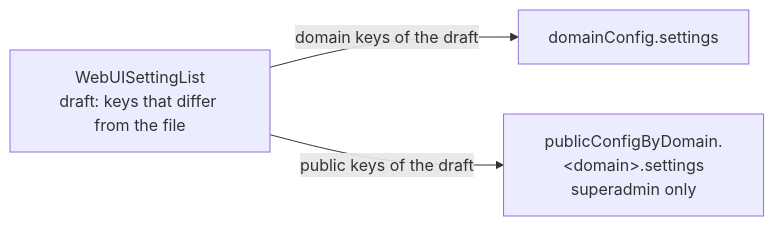
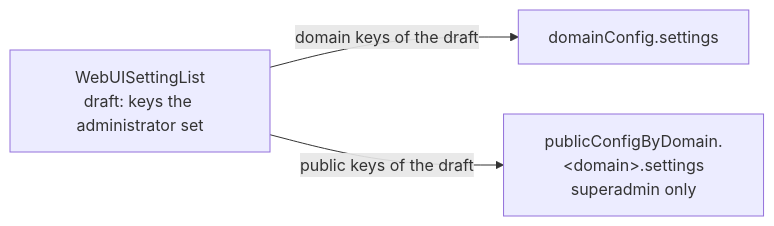
One commit to lablup/backend.ai-webui changed the second of 2 diagrams in docs/adr/0028-webui-settings-in-the-app-config-settings-key.ko.md. Above: the diagram before and after it, drawn with Mermaid. The commit also changed other lines of this file and 4 other files, not shown here.

````diff
--- a/docs/adr/0028-webui-settings-in-the-app-config-settings-key.ko.md
+++ b/docs/adr/0028-webui-settings-in-the-app-config-settings-key.ko.md
@@ -38,8 +38,8 @@
 ```mermaid
 flowchart LR
-  page["WebUISettingList<br/>draft: keys that differ from the file"]
+  page["WebUISettingList<br/>draft: keys the administrator set"]
   dset["domainConfig.settings"]
   pset["publicConfigByDomain.&lt;domain&gt;.settings<br/>superadmin only"]
   page -- "domain keys of the draft" --> dset
   page -- "public keys of the draft" --> pset
 ```
````
